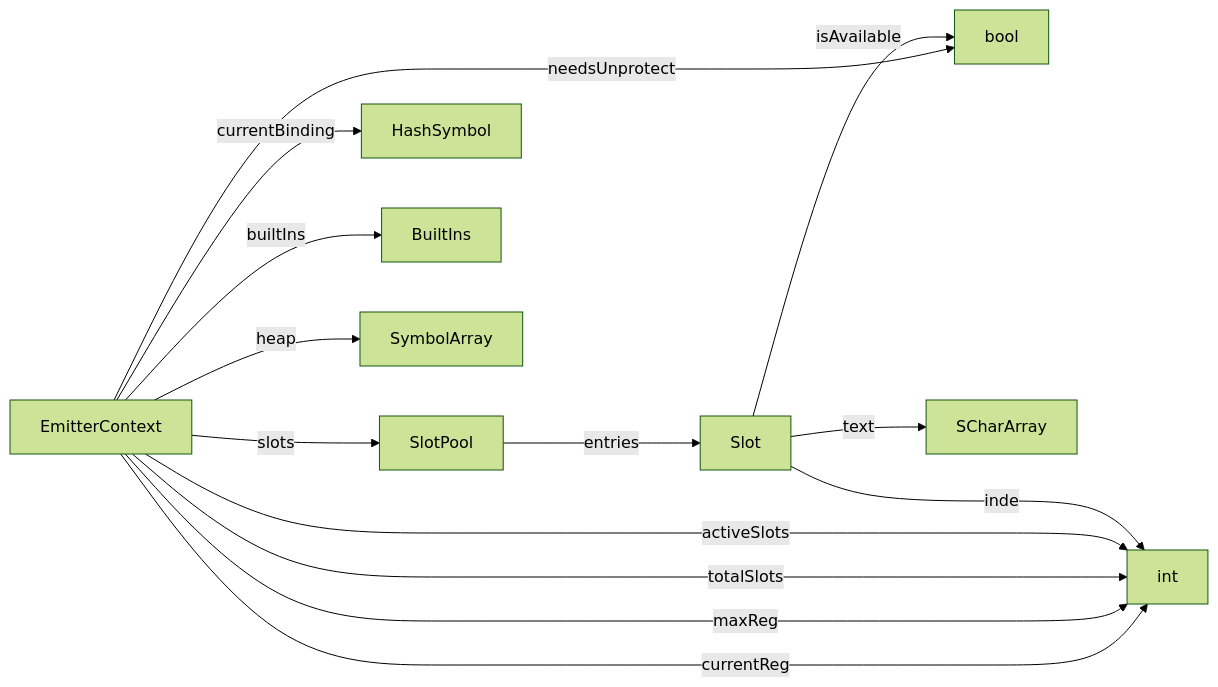
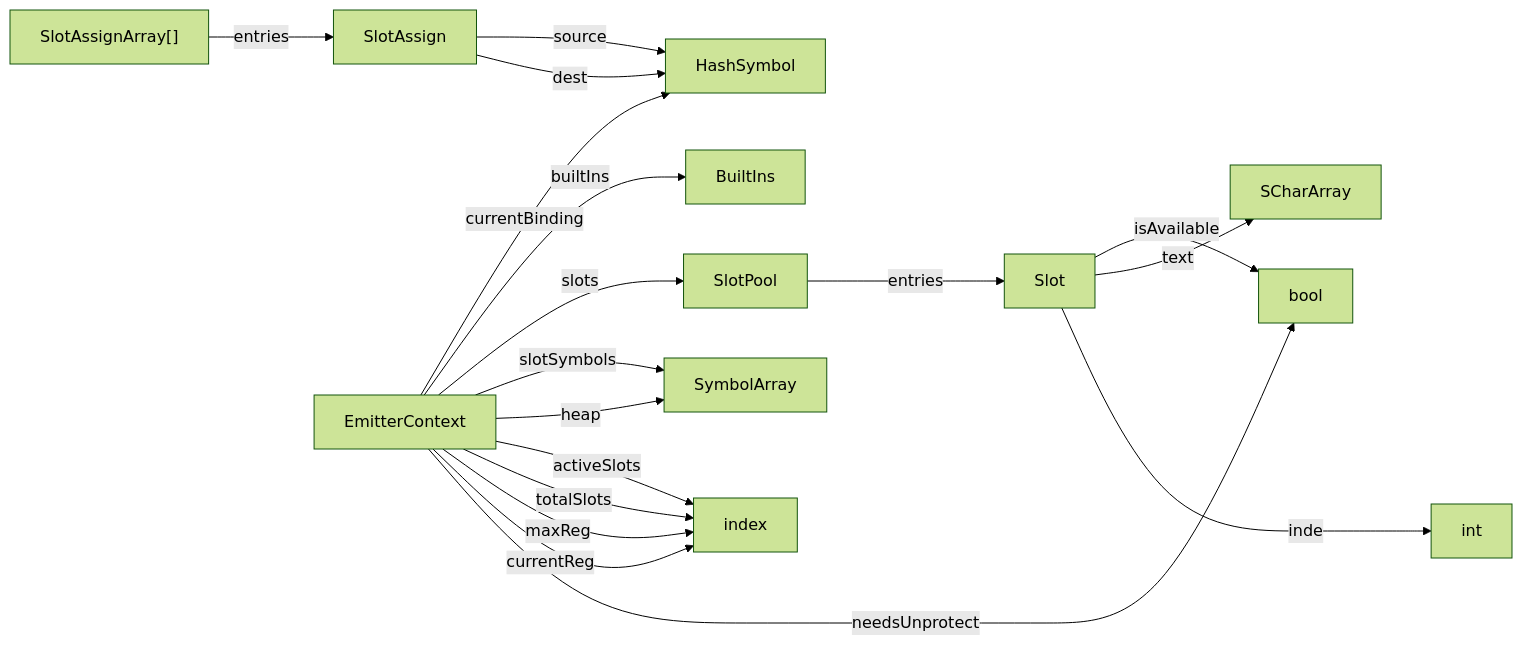
One commit to billhails/CEKF changed the diagram in docs/generated/emit.md. Above: the diagram before and after it, drawn with Mermaid (forest theme). The commit also changed 10 other files, not shown here.

````diff
--- a/docs/generated/emit.md
+++ b/docs/generated/emit.md
@@ -5,16 +5,20 @@
 ```mermaid
 flowchart LR
 SlotPool --entries--> Slot
 Slot --isAvailable--> bool
 Slot --text--> SCharArray
 Slot --index--> int
+SlotAssign --source--> HashSymbol
+SlotAssign --dest--> HashSymbol
 EmitterContext --currentBinding--> HashSymbol
 EmitterContext --builtIns--> BuiltIns
 EmitterContext --slots--> SlotPool
+EmitterContext --slotSymbols--> SymbolArray
 EmitterContext --heap--> SymbolArray
-EmitterContext --activeSlots--> int
-EmitterContext --totalSlots--> int
-EmitterContext --maxReg--> int
-EmitterContext --currentReg--> int
+EmitterContext --activeSlots--> index
+EmitterContext --totalSlots--> index
+EmitterContext --maxReg--> index
+EmitterContext --currentReg--> index
 EmitterContext --needsUnprotect--> bool
+SlotAssignArray["SlotAssignArray[]"] --entries--> SlotAssign
 ```
````
